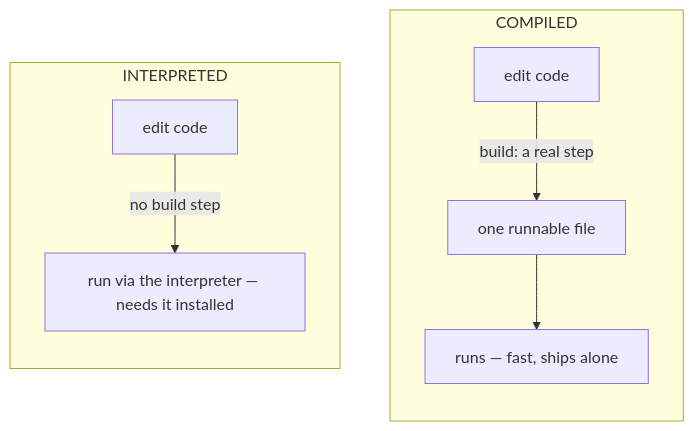
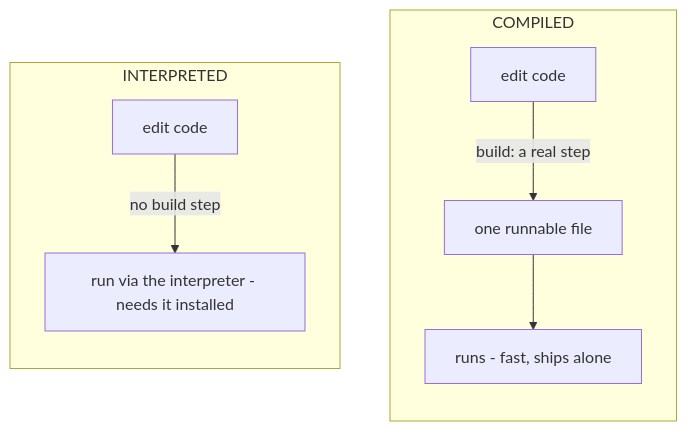
The diagram in guides/programming-concepts/languages-explained-like-a-human/01-what-makes-languages-different.md (Topurrra/themissingmanual), drawn with Mermaid before and after one commit. The commit also changed other lines of this file and 1072 other files, not shown here.

````diff
--- a/guides/programming-concepts/languages-explained-like-a-human/01-what-makes-languages-different.md
+++ b/guides/programming-concepts/languages-explained-like-a-human/01-what-makes-languages-different.md
@@ -84,11 +84,11 @@
 ```mermaid
 flowchart TB
   subgraph Compiled["COMPILED"]
     direction TB
-    CE["edit code"] -->|build: a real step| CB["one runnable file"] --> CR["runs — fast, ships alone"]
+    CE["edit code"] -->|build: a real step| CB["one runnable file"] --> CR["runs - fast, ships alone"]
   end
   subgraph Interpreted["INTERPRETED"]
     direction TB
-    IE["edit code"] -->|no build step| IR["run via the interpreter — needs it installed"]
+    IE["edit code"] -->|no build step| IR["run via the interpreter - needs it installed"]
   end
 ```
````
